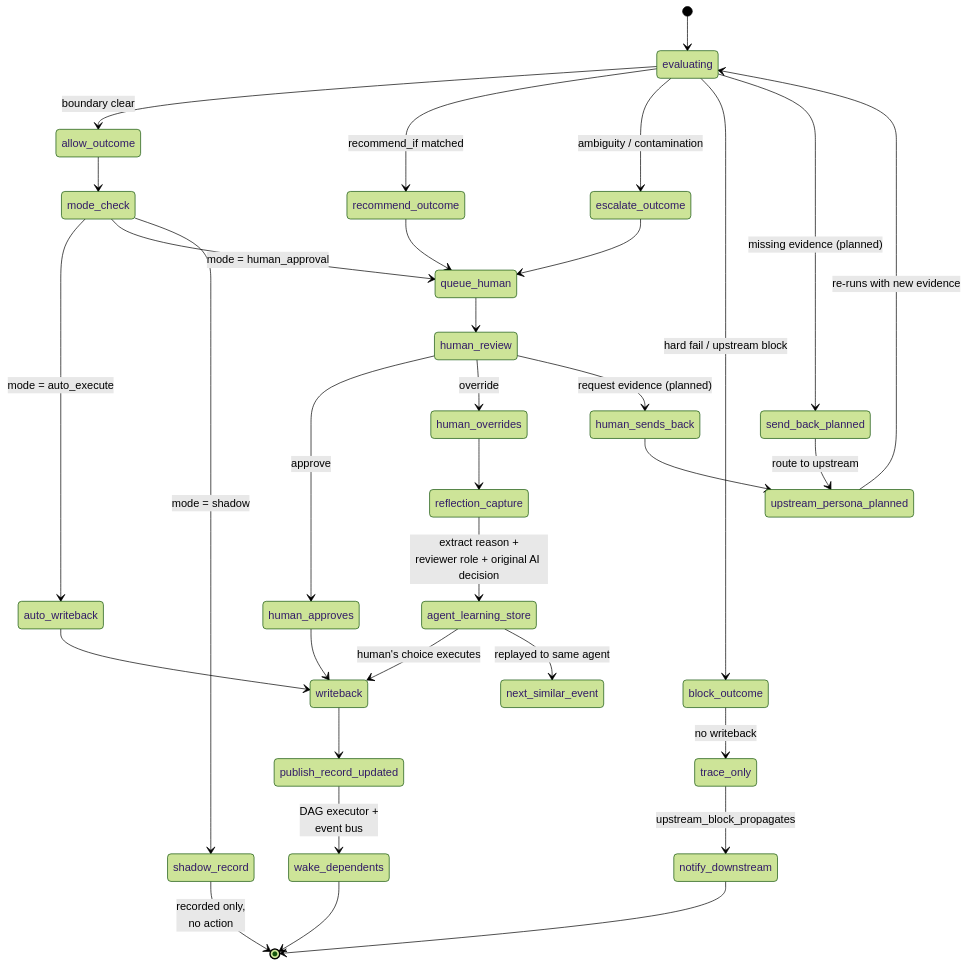
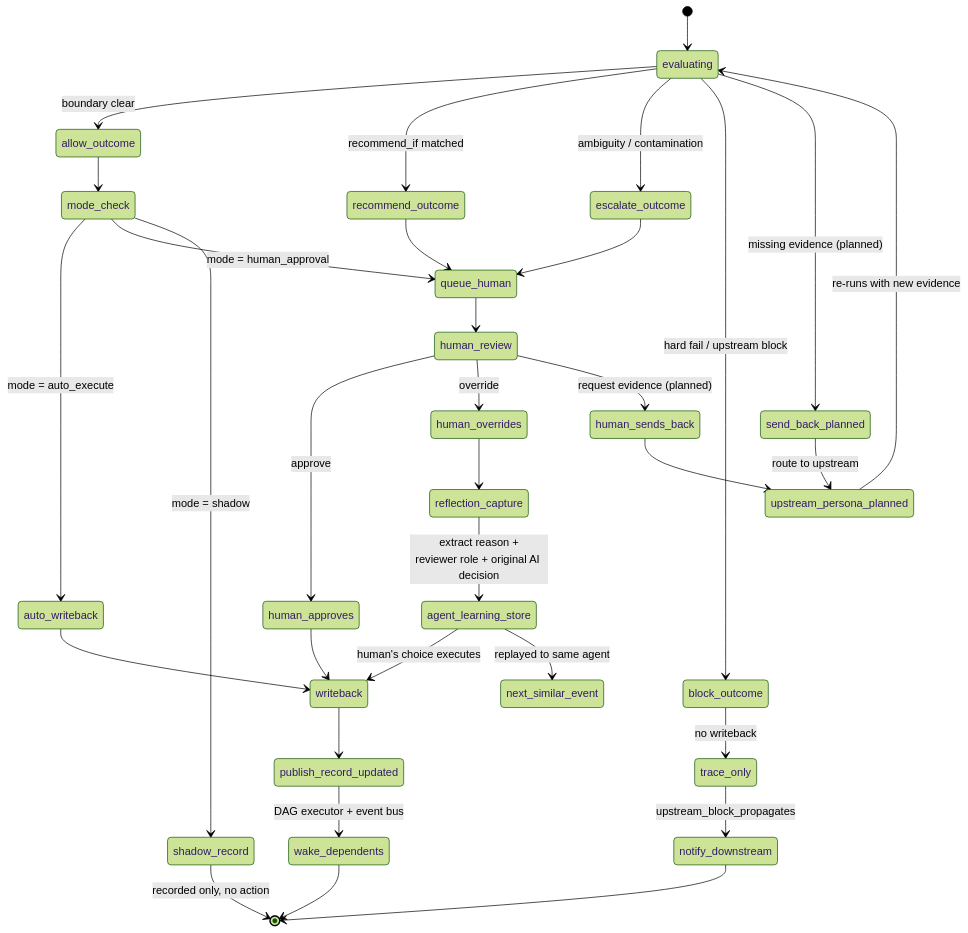
Before and after one commit to krishnamami/decision-os: the fourth of 5 diagrams in docs/PRD.md, drawn with Mermaid (forest theme). The commit also changed other lines of this file, not shown here.

````diff
--- a/docs/PRD.md
+++ b/docs/PRD.md
@@ -310,44 +460,44 @@
 ```mermaid
 stateDiagram-v2
     [*] --> evaluating
     evaluating --> allow_outcome: boundary clear
     evaluating --> recommend_outcome: recommend_if matched
     evaluating --> escalate_outcome: ambiguity / contamination
     evaluating --> block_outcome: hard fail / upstream block
     evaluating --> send_back_planned: missing evidence (planned)
 
     allow_outcome --> mode_check
     mode_check --> auto_writeback: mode = auto_execute
     mode_check --> queue_human: mode = human_approval
     mode_check --> shadow_record: mode = shadow
 
     recommend_outcome --> queue_human
     escalate_outcome --> queue_human
 
     queue_human --> human_review
     human_review --> human_approves: approve
     human_review --> human_overrides: override
     human_review --> human_sends_back: request evidence (planned)
 
     human_approves --> writeback
     auto_writeback --> writeback
 
     human_overrides --> reflection_capture
     reflection_capture --> agent_learning_store: extract reason +<br/>reviewer role + original AI decision
     agent_learning_store --> writeback: human's choice executes
     agent_learning_store --> next_similar_event: replayed to same agent
 
     writeback --> publish_record_updated
-    publish_record_updated --> wake_dependents: DAG executor +<br/>event bus
+    publish_record_updated --> wake_dependents: DAG executor + event bus
     wake_dependents --> [*]
 
     block_outcome --> trace_only: no writeback
     trace_only --> notify_downstream: upstream_block_propagates
     notify_downstream --> [*]
 
-    shadow_record --> [*]: recorded only,<br/>no action
+    shadow_record --> [*]: recorded only, no action
 
     send_back_planned --> upstream_persona_planned: route to upstream
     human_sends_back --> upstream_persona_planned
     upstream_persona_planned --> evaluating: re-runs with new evidence
 ```
````
